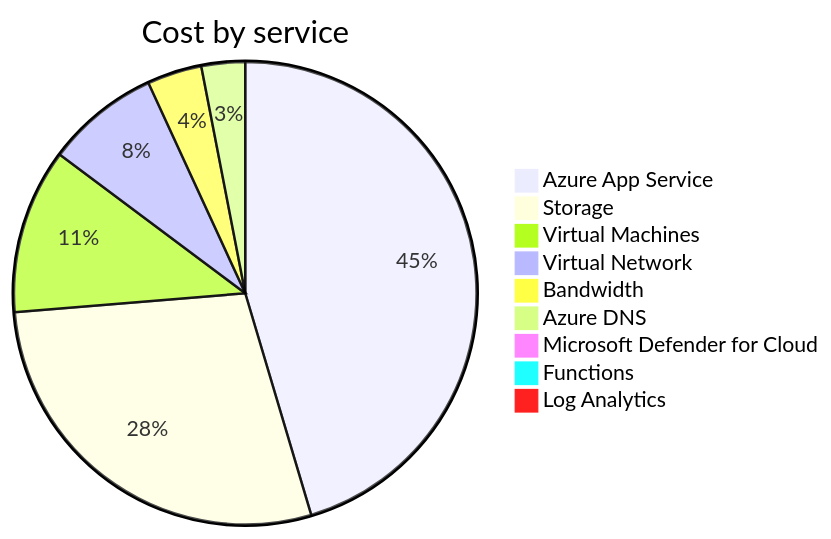
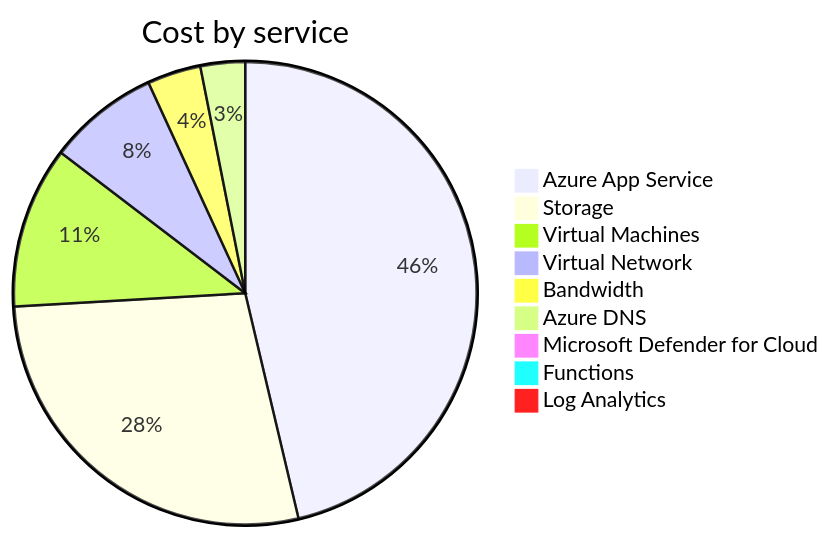
One commit to jpfulton/azure-personal-reports changed the second of 4 diagrams in cost-reports/accumulated-cost.md. Above: the diagram before and after it, drawn with Mermaid. The commit also changed other lines of this file and 4 other files, not shown here.

````diff
--- a/cost-reports/accumulated-cost.md
+++ b/cost-reports/accumulated-cost.md
@@ -103,13 +103,13 @@
 ```mermaid
 pie
    title Cost by service
-   "Azure App Service" : 14.15
-   "Storage" : 8.82
+   "Azure App Service" : 14.72
+   "Storage" : 8.83
    "Virtual Machines" : 3.59
    "Virtual Network" : 2.47
    "Bandwidth" : 1.19
-   "Azure DNS" : 0.95
+   "Azure DNS" : 0.99
    "Microsoft Defender for Cloud" : 0.10
    "Functions" : 0.00
    "Log Analytics" : 0.00
 ```
````
